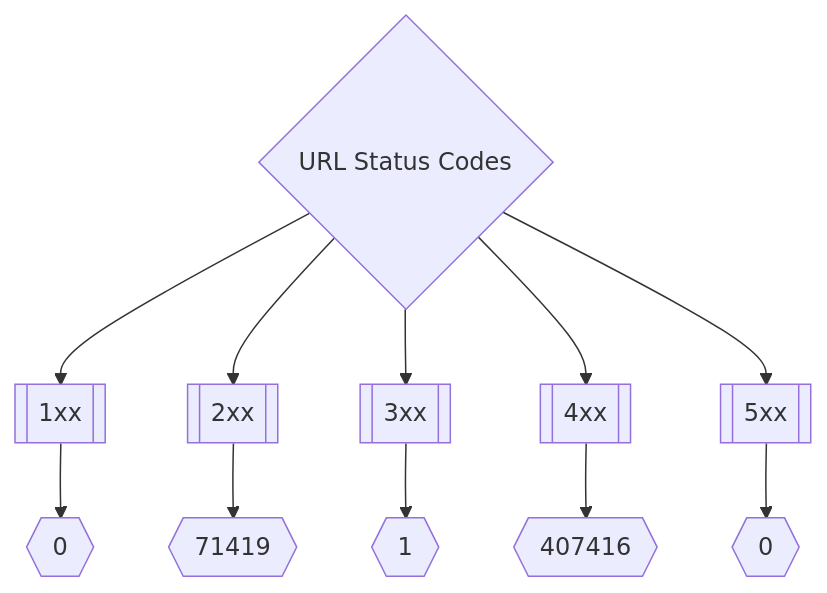
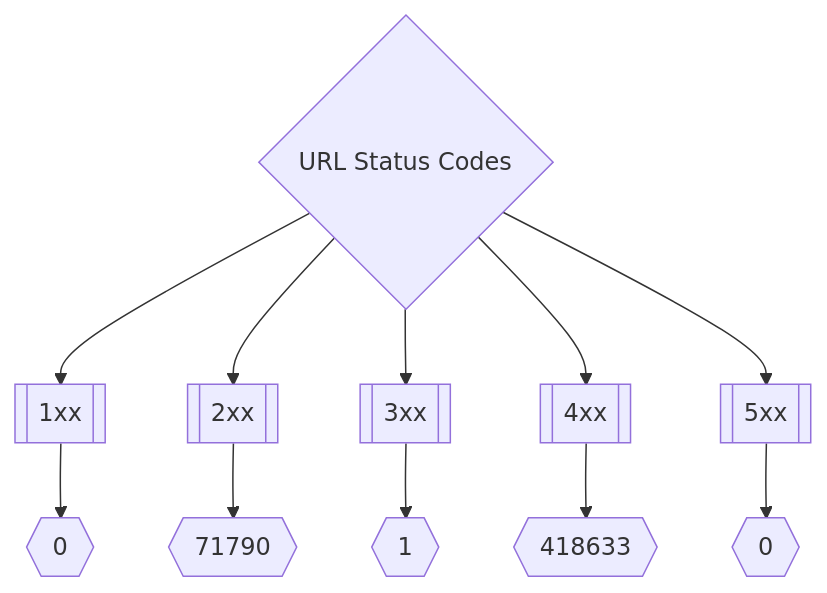
Before and after one commit to trickest/inventory: the second of 3 diagrams in README.md, drawn with Mermaid. The commit also changed other lines of this file and 196 other files, not shown here.

````diff
--- a/README.md
+++ b/README.md
@@ -173,8 +173,8 @@
 ```mermaid
 graph TD
 title{URL Status Codes} --> 1xx[[1xx]] --> status1xxNum{{0}}
-title --> 2xx[[2xx]] --> status2xxNum{{71419}}
+title --> 2xx[[2xx]] --> status2xxNum{{71790}}
 title --> 3xx[[3xx]] --> status3xxNum{{1}}
-title --> 4xx[[4xx]] --> status4xxNum{{407416}}
+title --> 4xx[[4xx]] --> status4xxNum{{418633}}
 title --> 5xx[[5xx]] --> status5xxNum{{0}}
 ```
````
